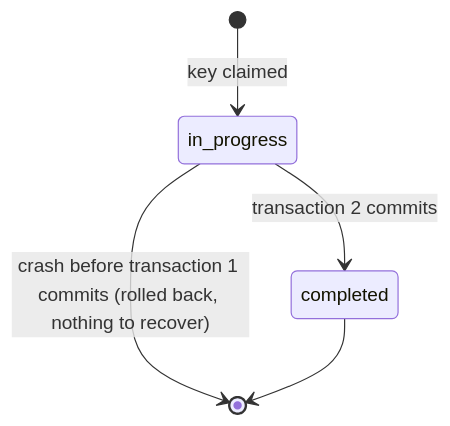
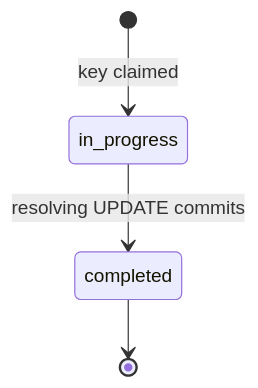
The third of 3 diagrams in docs/payment-flow.md (jocabaldini/reliable-payments-api), drawn with Mermaid before and after one commit. The commit also changed other lines of this file and 1 other file, not shown here.

Commit message:
docs(payments): sync payment-flow and add reconciliation-flow for the single-table design

````diff
--- a/docs/payment-flow.md
+++ b/docs/payment-flow.md
@@ -152,7 +155,6 @@
 ```mermaid
 stateDiagram-v2
     [*] --> in_progress: key claimed
-    in_progress --> completed: transaction 2 commits
-    in_progress --> [*]: crash before transaction 1 commits (rolled back, nothing to recover)
+    in_progress --> completed: resolving UPDATE commits
     completed --> [*]
 ```
````
